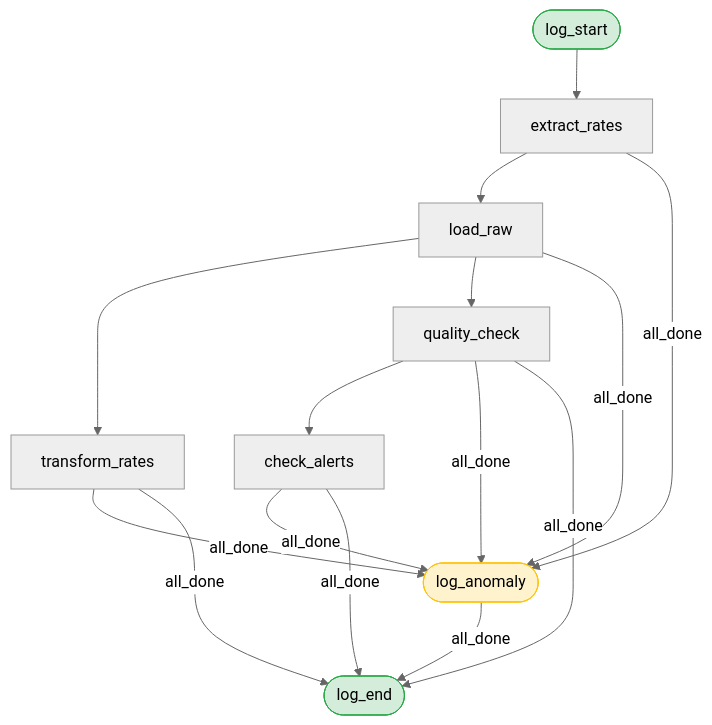
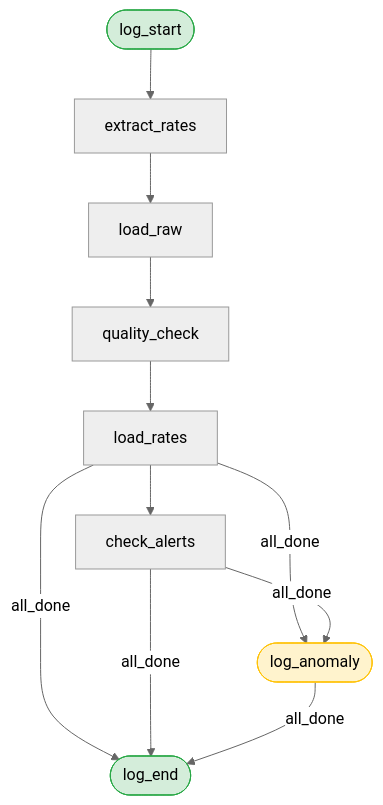
One commit to JulienBNT/IPSSI-Airflow-Projet changed the diagram in README.md. Above: the diagram before and after it, drawn with Mermaid (neutral theme). The commit also changed other lines of this file and 4 other files, not shown here.

````diff
--- a/README.md
+++ b/README.md
@@ -105,23 +104,19 @@
 ```mermaid
 graph TD
     A([log_start]) --> B[extract_rates]
     B --> C[load_raw]
-    C --> D[transform_rates]
-    C --> E[quality_check]
+    C --> D[quality_check]
+    D --> E[load_rates]
     E --> F[check_alerts]
 
-    B   -->|all_done| G
-    C   -->|all_done| G
-    D   -->|all_done| G
     E   -->|all_done| G
     F   -->|all_done| G([log_anomaly])
 
-    D   -->|all_done| H
     E   -->|all_done| H
     F   -->|all_done| H
     G   -->|all_done| H([log_end])
 
     style A fill:#d4edda,stroke:#28a745
     style G fill:#fff3cd,stroke:#ffc107
     style H fill:#d4edda,stroke:#28a745
 ```
````
